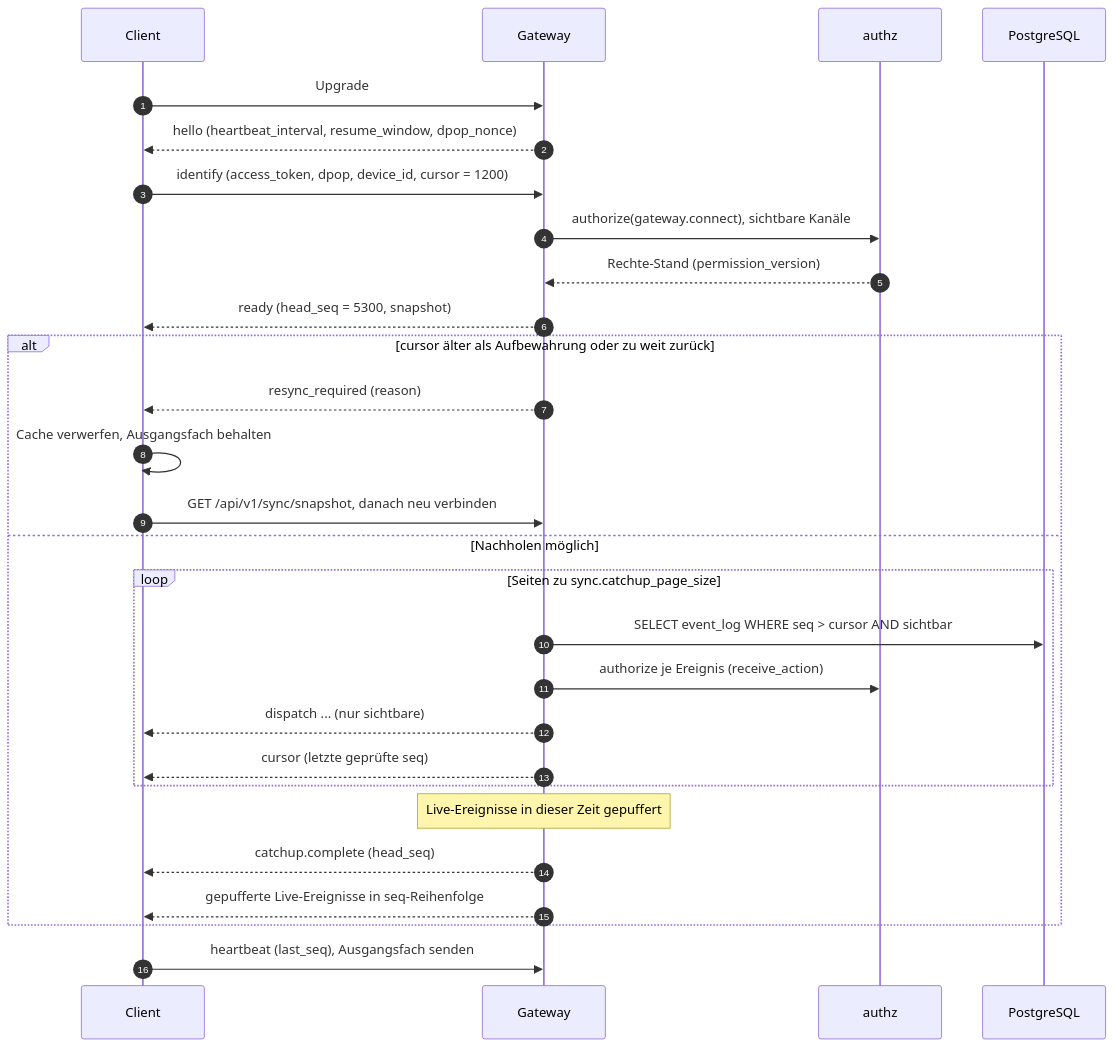
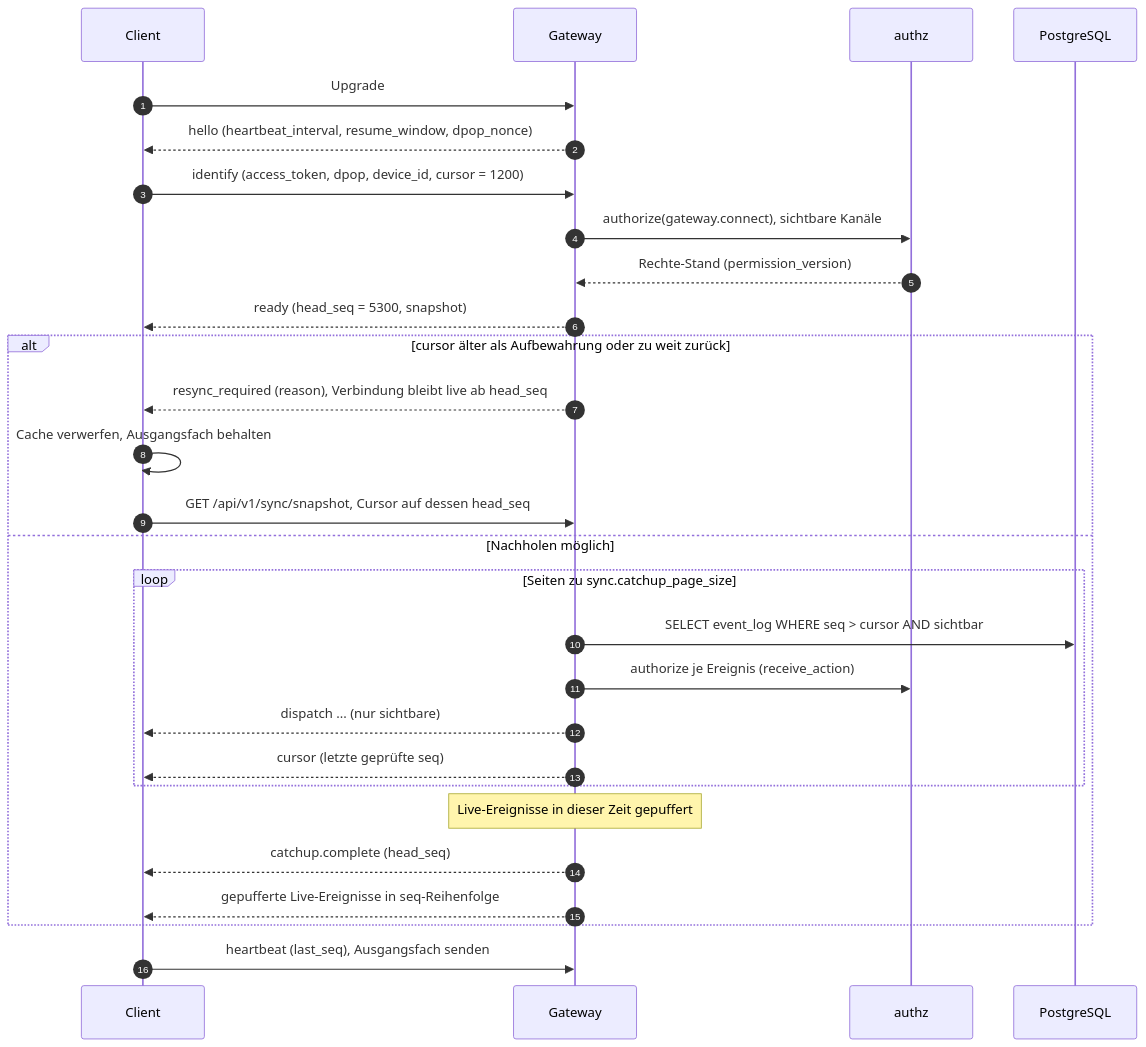
Before and after one commit to mguttmann/bothy: the third of 5 diagrams in docs/spec/04-sync-protokoll.md, drawn with Mermaid. The commit also changed other lines of this file and 7 other files, not shown here.

````diff
--- a/docs/spec/04-sync-protokoll.md
+++ b/docs/spec/04-sync-protokoll.md
@@ -826,30 +886,30 @@
 ```mermaid
 sequenceDiagram
     autonumber
     participant C as Client
     participant GW as Gateway
     participant AZ as authz
     participant DB as PostgreSQL
     C->>GW: Upgrade
     GW-->>C: hello (heartbeat_interval, resume_window, dpop_nonce)
     C->>GW: identify (access_token, dpop, device_id, cursor = 1200)
     GW->>AZ: authorize(gateway.connect), sichtbare Kanäle
     AZ-->>GW: Rechte-Stand (permission_version)
     GW-->>C: ready (head_seq = 5300, snapshot)
     alt cursor älter als Aufbewahrung oder zu weit zurück
-        GW-->>C: resync_required (reason)
+        GW-->>C: resync_required (reason), Verbindung bleibt live ab head_seq
         C->>C: Cache verwerfen, Ausgangsfach behalten
-        C->>GW: GET /api/v1/sync/snapshot, danach neu verbinden
+        C->>GW: GET /api/v1/sync/snapshot, Cursor auf dessen head_seq
     else Nachholen möglich
         loop Seiten zu sync.catchup_page_size
             GW->>DB: SELECT event_log WHERE seq > cursor AND sichtbar
             GW->>AZ: authorize je Ereignis (receive_action)
             GW-->>C: dispatch ... (nur sichtbare)
             GW-->>C: cursor (letzte geprüfte seq)
         end
         Note over GW: Live-Ereignisse in dieser Zeit gepuffert
         GW-->>C: catchup.complete (head_seq)
         GW-->>C: gepufferte Live-Ereignisse in seq-Reihenfolge
     end
     C->>GW: heartbeat (last_seq), Ausgangsfach senden
 ```
````
